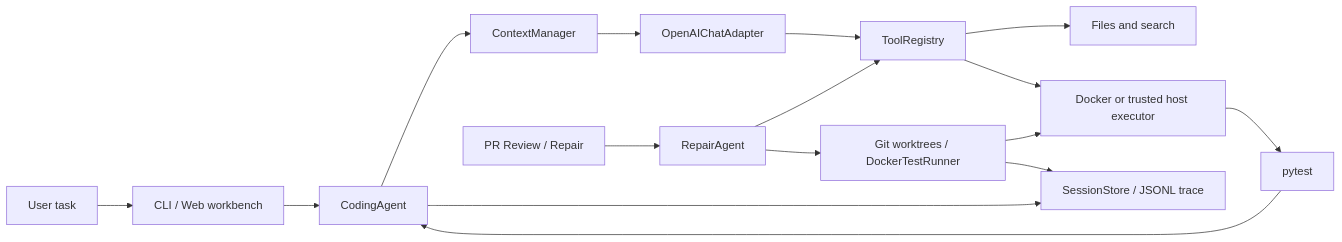
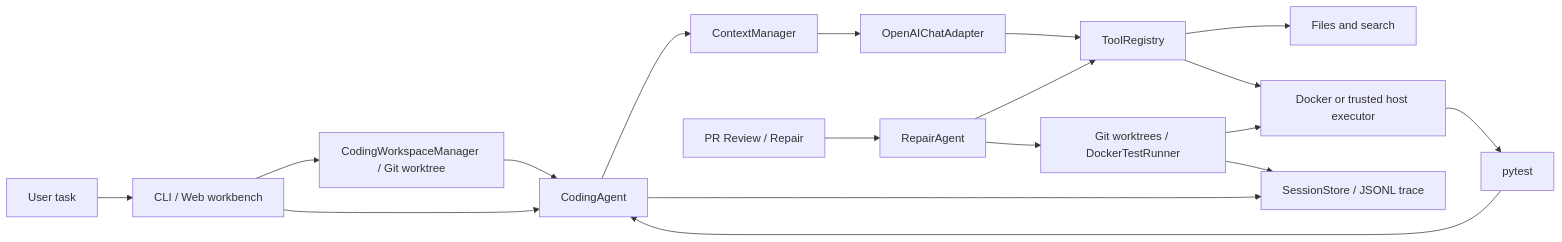
Before and after one commit to liuzhouquan/selfforge-agent: the diagram in README.en.md, drawn with Mermaid. The commit also changed other lines of this file and 15 other files, not shown here.

Commit message:
Isolate coding tasks in persistent Git worktrees

````diff
--- a/README.en.md
+++ b/README.en.md
@@ -95,18 +107,20 @@
 ```mermaid
 flowchart LR
   U[User task] --> I[CLI / Web workbench]
+  I --> W[CodingWorkspaceManager / Git worktree]
   I --> A[CodingAgent]
+  W --> A
   A --> C[ContextManager]
   C --> M[OpenAIChatAdapter]
   M --> T[ToolRegistry]
   T --> F[Files and search]
   T --> X[Docker or trusted host executor]
   X --> P[pytest]
   A --> S[SessionStore / JSONL trace]
   P --> A
   PR[PR Review / Repair] --> R[RepairAgent]
   R --> T
   R --> E[Git worktrees / DockerTestRunner]
   E --> X
   E --> S
 ```
````
